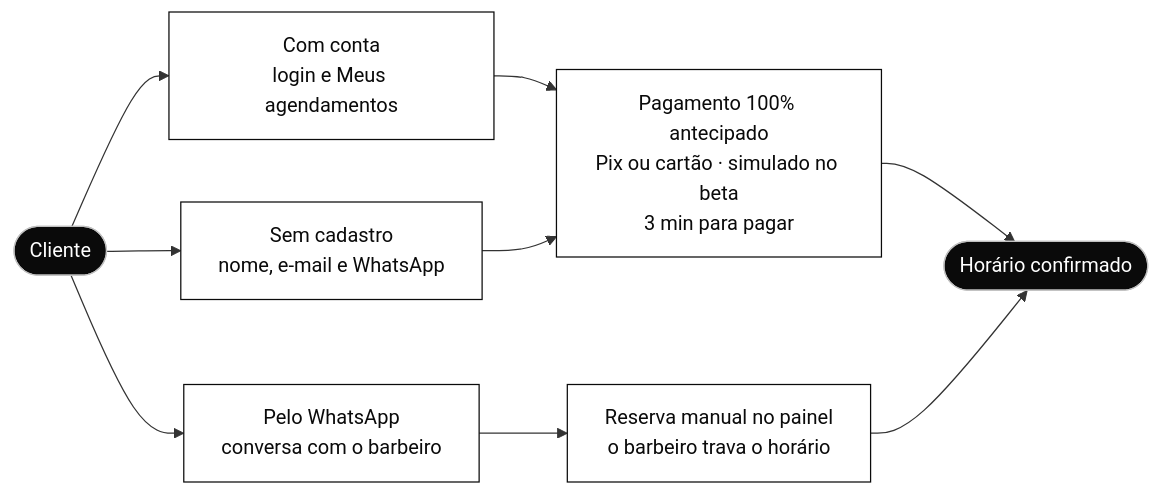
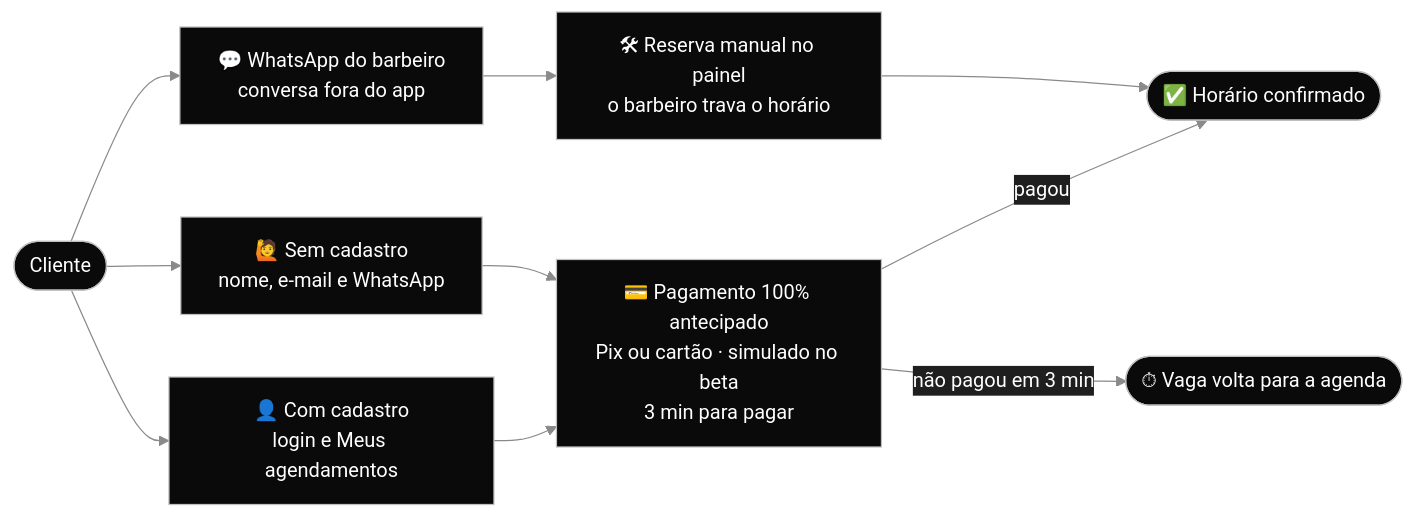
The first of 8 diagrams in README.md (k3vinrich4rd/barbearia-altas-horas), drawn with Mermaid before and after one commit. The commit also changed other lines of this file, not shown here.

````diff
--- a/README.md
+++ b/README.md
@@ -75,15 +61,13 @@
 ```mermaid
+%%{init: {'theme':'base','themeVariables':{'primaryColor':'#0A0A0A','primaryTextColor':'#FFFFFF','primaryBorderColor':'#C0C0C0','lineColor':'#8A8A8A','secondaryColor':'#1F1F1F','tertiaryColor':'#2B2B2B','edgeLabelBackground':'#1F1F1F','fontFamily':'Helvetica, Arial, sans-serif'}}}%%
 flowchart LR
-    C([Cliente]) --> A[Com conta<br/>login e Meus agendamentos]
-    C --> G[Sem cadastro<br/>nome, e-mail e WhatsApp]
-    C --> W[Pelo WhatsApp<br/>conversa com o barbeiro]
-    A --> P[Pagamento 100% antecipado<br/>Pix ou cartão · simulado no beta<br/>3 min para pagar]
+    C([Cliente]) --> A["👤 Com cadastro<br/>login e Meus agendamentos"]
+    C --> G["🙋 Sem cadastro<br/>nome, e-mail e WhatsApp"]
+    C --> W["💬 WhatsApp do barbeiro<br/>conversa fora do app"]
+    A --> P["💳 Pagamento 100% antecipado<br/>Pix ou cartão · simulado no beta<br/>3 min para pagar"]
     G --> P
-    W --> M[Reserva manual no painel<br/>o barbeiro trava o horário]
-    P --> OK([Horário confirmado])
+    P -- pagou --> OK([✅ Horário confirmado])
+    P -- "não pagou em 3 min" --> X([⏱ Vaga volta para a agenda])
+    W --> M["🛠 Reserva manual no painel<br/>o barbeiro trava o horário"]
     M --> OK
-    classDef preto fill:#0A0A0A,stroke:#C0C0C0,color:#FFFFFF
-    classDef branco fill:#FFFFFF,stroke:#0A0A0A,color:#0A0A0A
-    class C,OK preto
-    class A,G,W,P,M branco
 ```
````
